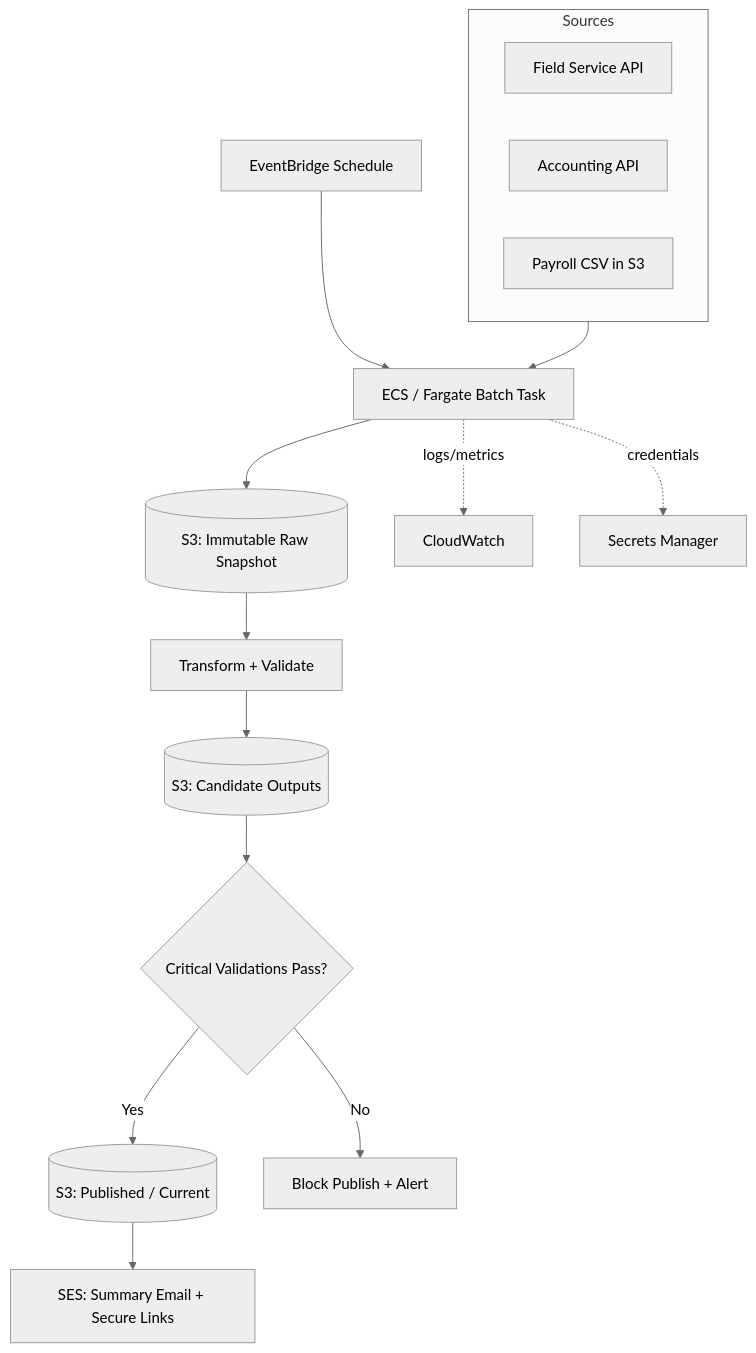
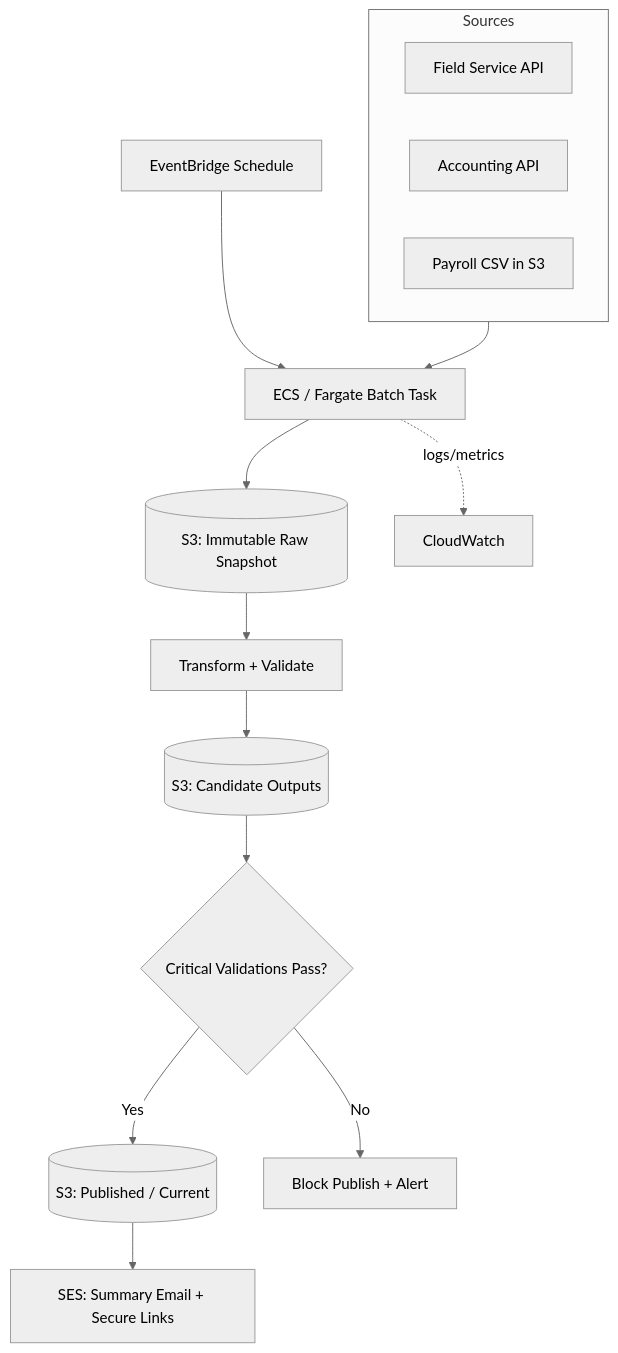
Before and after one commit to AidanFarhi/coresight-poc-file-based: the diagram in README.md, drawn with Mermaid (neutral theme). The commit also changed 1 other file, not shown here.

Commit message:
Remove Secrets Manager from architecture docs
Not needed at this stage of the project.

````diff
--- a/README.md
+++ b/README.md
@@ -40,25 +40,24 @@
 ```mermaid
 flowchart TD
     EB[EventBridge Schedule] --> ECS[ECS / Fargate Batch Task]
 
     subgraph Sources
         SRC1[Field Service API]
         SRC2[Accounting API]
         SRC3[Payroll CSV in S3]
     end
 
     Sources --> ECS
 
     ECS --> RAW[(S3: Immutable Raw Snapshot)]
     RAW --> XFORM[Transform + Validate]
     XFORM --> CAND[(S3: Candidate Outputs)]
     CAND --> GATE{Critical Validations Pass?}
 
     GATE -- Yes --> PUB[(S3: Published / Current)]
     GATE -- No --> ALERT[Block Publish + Alert]
 
     PUB --> EMAIL[SES: Summary Email + Secure Links]
 
     ECS -.logs/metrics.-> CW[CloudWatch]
-    ECS -.credentials.-> SM[Secrets Manager]
 ```
````
